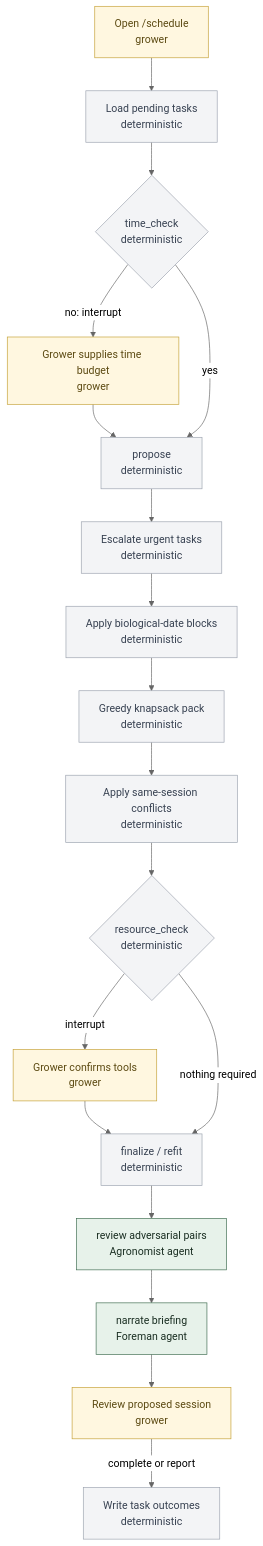
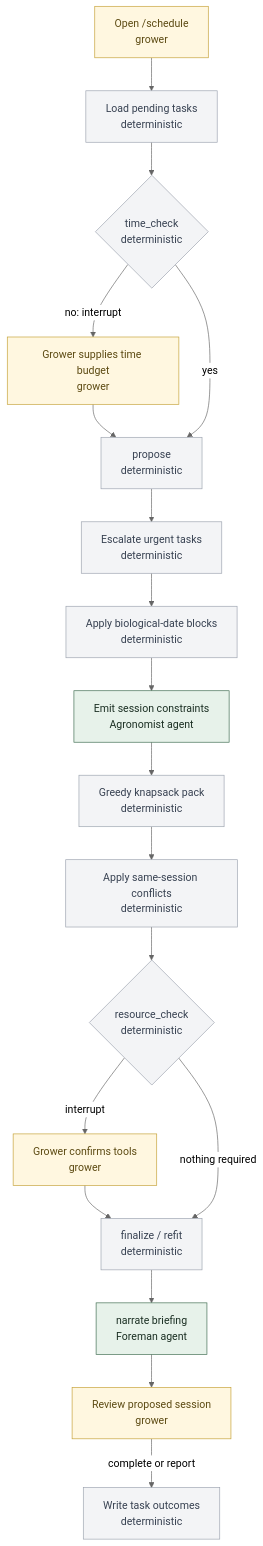
The second of 3 diagrams in README.md (Erbene/orchard-assistant), drawn with Mermaid (neutral theme) before and after one commit. The commit also changed other lines of this file and 7 other files, not shown here.

Commit message:
Switch work plan model to have agronomist set constraints for the deterministic code

````diff
--- a/README.md
+++ b/README.md
@@ -75,29 +75,29 @@
 ```mermaid
 flowchart TD
   A["Open /schedule<br/>grower"] --> B["Load pending tasks<br/>deterministic"]
   B --> C{"time_check<br/>deterministic"}
   C -->|no: interrupt| D["Grower supplies time budget<br/>grower"]
   D --> E["propose<br/>deterministic"]
   C -->|yes| E
 
   E --> E1["Escalate urgent tasks<br/>deterministic"]
   E1 --> E2["Apply biological-date blocks<br/>deterministic"]
-  E2 --> E3["Greedy knapsack pack<br/>deterministic"]
-  E3 --> E4["Apply same-session conflicts<br/>deterministic"]
-  E4 --> F{"resource_check<br/>deterministic"}
+  E2 --> E3["Emit session constraints<br/>Agronomist agent"]
+  E3 --> E4["Greedy knapsack pack<br/>deterministic"]
+  E4 --> E5["Apply same-session conflicts<br/>deterministic"]
+  E5 --> F{"resource_check<br/>deterministic"}
 
   F -->|interrupt| G["Grower confirms tools<br/>grower"]
   G --> H["finalize / refit<br/>deterministic"]
   F -->|nothing required| H
-  H --> H1["review adversarial pairs<br/>Agronomist agent"]
-  H1 --> I["narrate briefing<br/>Foreman agent"]
+  H --> I["narrate briefing<br/>Foreman agent"]
   I --> J["Review proposed session<br/>grower"]
   J -->|complete or report| K["Write task outcomes<br/>deterministic"]
 
   classDef agent fill:#e7f2ea,stroke:#3d6b4f,color:#1a2e22
   classDef det fill:#f3f4f6,stroke:#9ca3af,color:#374151
   classDef human fill:#fff7e0,stroke:#c4a035,color:#5c4a12
-  class H1,I agent
-  class B,C,E,E1,E2,E3,E4,F,H,K det
+  class E3,I agent
+  class B,C,E,E1,E2,E4,E5,F,H,K det
   class A,D,G,J human
 ```
````
